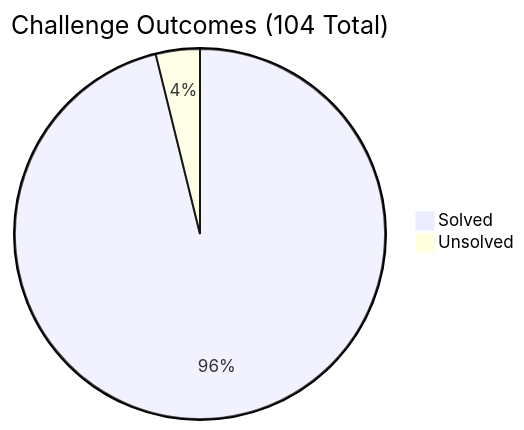
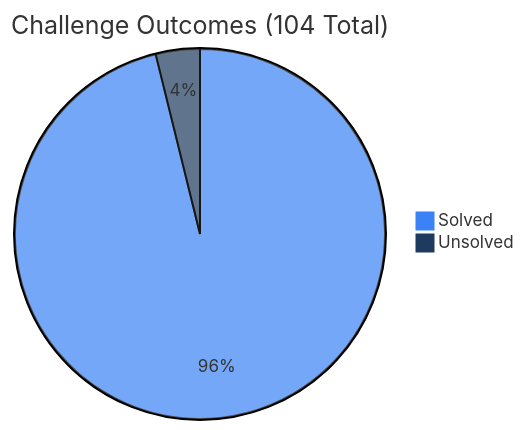
One commit to usestrix/benchmarks changed the first of 2 diagrams in XBEN/README.md. Above: the diagram before and after it, drawn with Mermaid. The commit also changed other lines of this file and 1 other file, not shown here.

````diff
--- a/XBEN/README.md
+++ b/XBEN/README.md
@@ -91,5 +91,6 @@
 ```mermaid
+%%{init: {'theme': 'base', 'themeVariables': { 'pie1': '#3b82f6', 'pie2': '#1e3a5f'}}}%%
 pie title Challenge Outcomes (104 Total)
     "Solved" : 100
     "Unsolved" : 4
 ```
````
